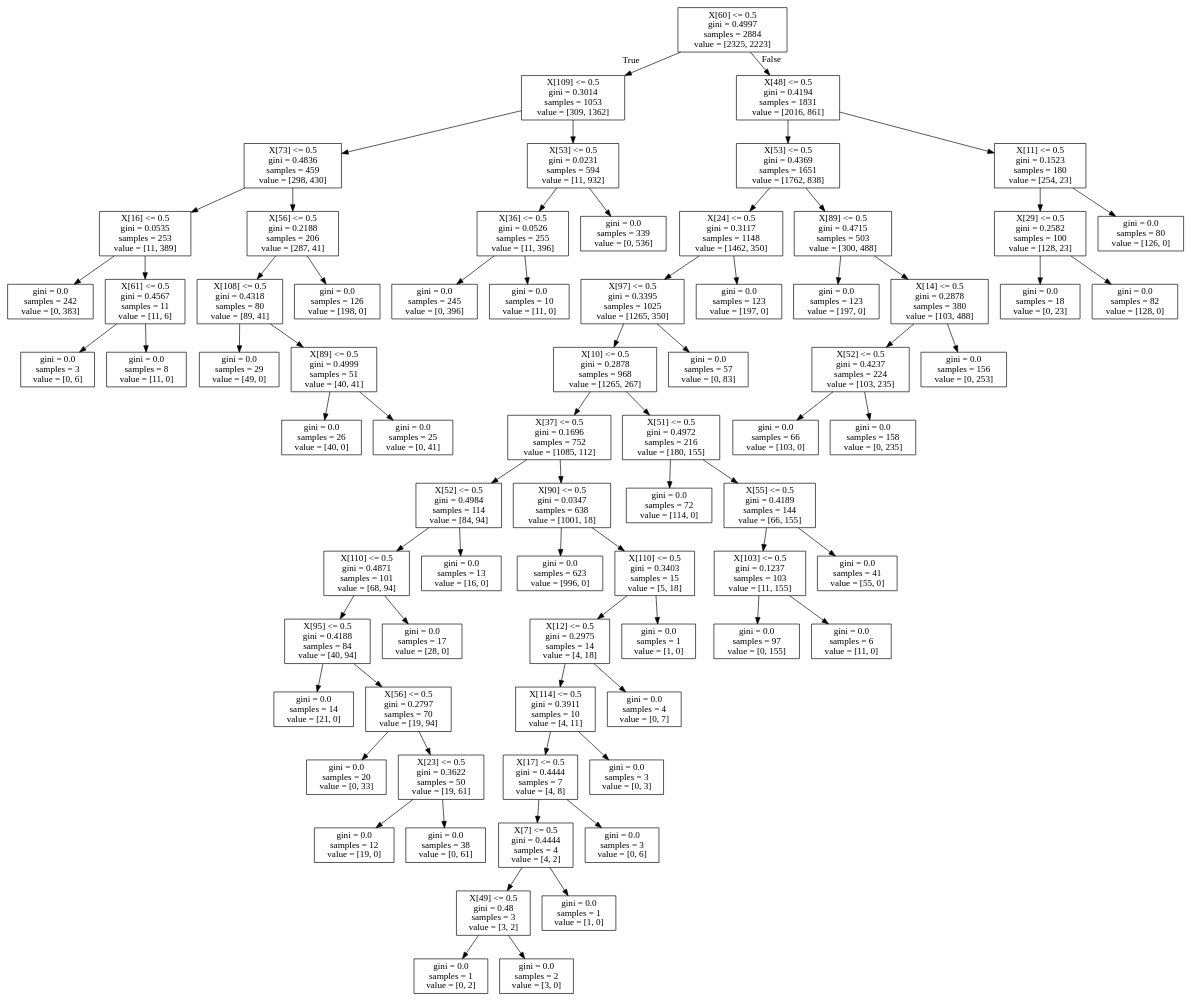
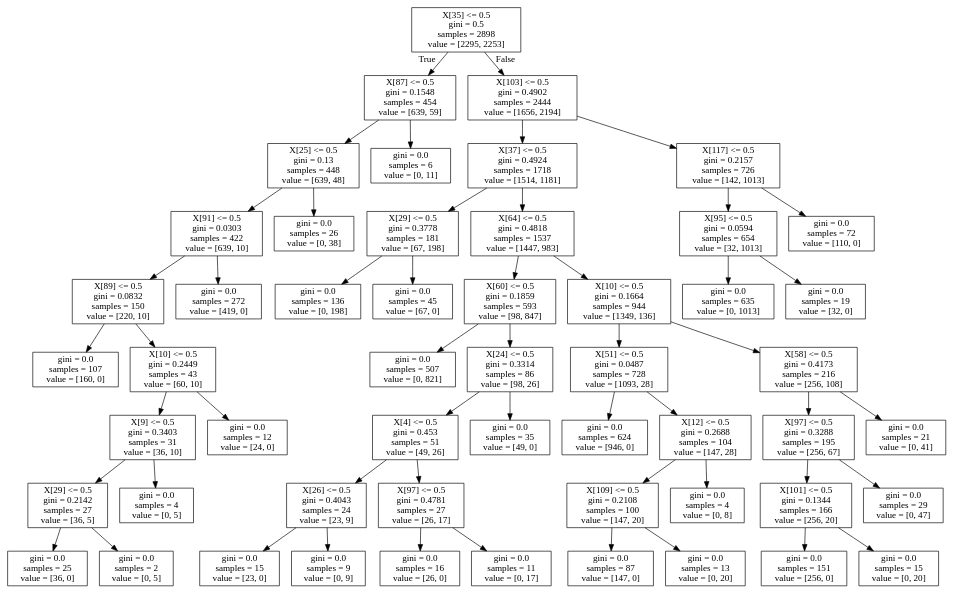
One commit to CaptainDredge/DSG-Entry-Data-Science-Competition changed the diagram in tree_8.dot. Above: the diagram before and after it, drawn with Graphviz. The commit also changed 18 other files, not shown here.

```diff
--- a/tree_8.dot
+++ b/tree_8.dot
@@ -1,148 +1,108 @@
 digraph Tree {
 node [shape=box] ;
-0 [label="X[60] <= 0.5\ngini = 0.4997\nsamples = 2884\nvalue = [2325, 2223]"] ;
-1 [label="X[109] <= 0.5\ngini = 0.3014\nsamples = 1053\nvalue = [309, 1362]"] ;
+0 [label="X[35] <= 0.5\ngini = 0.5\nsamples = 2898\nvalue = [2295, 2253]"] ;
+1 [label="X[87] <= 0.5\ngini = 0.1548\nsamples = 454\nvalue = [639, 59]"] ;
 0 -> 1 [labeldistance=2.5, labelangle=45, headlabel="True"] ;
-2 [label="X[73] <= 0.5\ngini = 0.4836\nsamples = 459\nvalue = [298, 430]"] ;
+2 [label="X[25] <= 0.5\ngini = 0.13\nsamples = 448\nvalue = [639, 48]"] ;
 1 -> 2 ;
-3 [label="X[16] <= 0.5\ngini = 0.0535\nsamples = 253\nvalue = [11, 389]"] ;
+3 [label="X[91] <= 0.5\ngini = 0.0303\nsamples = 422\nvalue = [639, 10]"] ;
 2 -> 3 ;
-4 [label="gini = 0.0\nsamples = 242\nvalue = [0, 383]"] ;
+4 [label="X[89] <= 0.5\ngini = 0.0832\nsamples = 150\nvalue = [220, 10]"] ;
 3 -> 4 ;
-5 [label="X[61] <= 0.5\ngini = 0.4567\nsamples = 11\nvalue = [11, 6]"] ;
-3 -> 5 ;
-6 [label="gini = 0.0\nsamples = 3\nvalue = [0, 6]"] ;
-5 -> 6 ;
-7 [label="gini = 0.0\nsamples = 8\nvalue = [11, 0]"] ;
-5 -> 7 ;
-8 [label="X[56] <= 0.5\ngini = 0.2188\nsamples = 206\nvalue = [287, 41]"] ;
-2 -> 8 ;
-9 [label="X[108] <= 0.5\ngini = 0.4318\nsamples = 80\nvalue = [89, 41]"] ;
+5 [label="gini = 0.0\nsamples = 107\nvalue = [160, 0]"] ;
+4 -> 5 ;
+6 [label="X[10] <= 0.5\ngini = 0.2449\nsamples = 43\nvalue = [60, 10]"] ;
+4 -> 6 ;
+7 [label="X[9] <= 0.5\ngini = 0.3403\nsamples = 31\nvalue = [36, 10]"] ;
+6 -> 7 ;
+8 [label="X[29] <= 0.5\ngini = 0.2142\nsamples = 27\nvalue = [36, 5]"] ;
+7 -> 8 ;
+9 [label="gini = 0.0\nsamples = 25\nvalue = [36, 0]"] ;
 8 -> 9 ;
-10 [label="gini = 0.0\nsamples = 29\nvalue = [49, 0]"] ;
-9 -> 10 ;
-11 [label="X[89] <= 0.5\ngini = 0.4999\nsamples = 51\nvalue = [40, 41]"] ;
-9 -> 11 ;
-12 [label="gini = 0.0\nsamples = 26\nvalue = [40, 0]"] ;
-11 -> 12 ;
-13 [label="gini = 0.0\nsamples = 25\nvalue = [0, 41]"] ;
-11 -> 13 ;
-14 [label="gini = 0.0\nsamples = 126\nvalue = [198, 0]"] ;
-8 -> 14 ;
-15 [label="X[53] <= 0.5\ngini = 0.0231\nsamples = 594\nvalue = [11, 932]"] ;
+10 [label="gini = 0.0\nsamples = 2\nvalue = [0, 5]"] ;
+8 -> 10 ;
+11 [label="gini = 0.0\nsamples = 4\nvalue = [0, 5]"] ;
+7 -> 11 ;
+12 [label="gini = 0.0\nsamples = 12\nvalue = [24, 0]"] ;
+6 -> 12 ;
+13 [label="gini = 0.0\nsamples = 272\nvalue = [419, 0]"] ;
+3 -> 13 ;
+14 [label="gini = 0.0\nsamples = 26\nvalue = [0, 38]"] ;
+2 -> 14 ;
+15 [label="gini = 0.0\nsamples = 6\nvalue = [0, 11]"] ;
 1 -> 15 ;
-16 [label="X[36] <= 0.5\ngini = 0.0526\nsamples = 255\nvalue = [11, 396]"] ;
-15 -> 16 ;
-17 [label="gini = 0.0\nsamples = 245\nvalue = [0, 396]"] ;
+16 [label="X[103] <= 0.5\ngini = 0.4902\nsamples = 2444\nvalue = [1656, 2194]"] ;
+0 -> 16 [labeldistance=2.5, labelangle=-45, headlabel="False"] ;
+17 [label="X[37] <= 0.5\ngini = 0.4924\nsamples = 1718\nvalue = [1514, 1181]"] ;
 16 -> 17 ;
-18 [label="gini = 0.0\nsamples = 10\nvalue = [11, 0]"] ;
-16 -> 18 ;
-19 [label="gini = 0.0\nsamples = 339\nvalue = [0, 536]"] ;
-15 -> 19 ;
-20 [label="X[48] <= 0.5\ngini = 0.4194\nsamples = 1831\nvalue = [2016, 861]"] ;
-0 -> 20 [labeldistance=2.5, labelangle=-45, headlabel="False"] ;
-21 [label="X[53] <= 0.5\ngini = 0.4369\nsamples = 1651\nvalue = [1762, 838]"] ;
-20 -> 21 ;
-22 [label="X[24] <= 0.5\ngini = 0.3117\nsamples = 1148\nvalue = [1462, 350]"] ;
+18 [label="X[29] <= 0.5\ngini = 0.3778\nsamples = 181\nvalue = [67, 198]"] ;
+17 -> 18 ;
+19 [label="gini = 0.0\nsamples = 136\nvalue = [0, 198]"] ;
+18 -> 19 ;
+20 [label="gini = 0.0\nsamples = 45\nvalue = [67, 0]"] ;
+18 -> 20 ;
+21 [label="X[64] <= 0.5\ngini = 0.4818\nsamples = 1537\nvalue = [1447, 983]"] ;
+17 -> 21 ;
+22 [label="X[60] <= 0.5\ngini = 0.1859\nsamples = 593\nvalue = [98, 847]"] ;
 21 -> 22 ;
-23 [label="X[97] <= 0.5\ngini = 0.3395\nsamples = 1025\nvalue = [1265, 350]"] ;
+23 [label="gini = 0.0\nsamples = 507\nvalue = [0, 821]"] ;
 22 -> 23 ;
-24 [label="X[10] <= 0.5\ngini = 0.2878\nsamples = 968\nvalue = [1265, 267]"] ;
-23 -> 24 ;
-25 [label="X[37] <= 0.5\ngini = 0.1696\nsamples = 752\nvalue = [1085, 112]"] ;
+24 [label="X[24] <= 0.5\ngini = 0.3314\nsamples = 86\nvalue = [98, 26]"] ;
+22 -> 24 ;
+25 [label="X[4] <= 0.5\ngini = 0.453\nsamples = 51\nvalue = [49, 26]"] ;
 24 -> 25 ;
-26 [label="X[52] <= 0.5\ngini = 0.4984\nsamples = 114\nvalue = [84, 94]"] ;
+26 [label="X[26] <= 0.5\ngini = 0.4043\nsamples = 24\nvalue = [23, 9]"] ;
 25 -> 26 ;
-27 [label="X[110] <= 0.5\ngini = 0.4871\nsamples = 101\nvalue = [68, 94]"] ;
+27 [label="gini = 0.0\nsamples = 15\nvalue = [23, 0]"] ;
 26 -> 27 ;
-28 [label="X[95] <= 0.5\ngini = 0.4188\nsamples = 84\nvalue = [40, 94]"] ;
-27 -> 28 ;
-29 [label="gini = 0.0\nsamples = 14\nvalue = [21, 0]"] ;
-28 -> 29 ;
-30 [label="X[56] <= 0.5\ngini = 0.2797\nsamples = 70\nvalue = [19, 94]"] ;
-28 -> 30 ;
-31 [label="gini = 0.0\nsamples = 20\nvalue = [0, 33]"] ;
-30 -> 31 ;
-32 [label="X[23] <= 0.5\ngini = 0.3622\nsamples = 50\nvalue = [19, 61]"] ;
-30 -> 32 ;
-33 [label="gini = 0.0\nsamples = 12\nvalue = [19, 0]"] ;
-32 -> 33 ;
-34 [label="gini = 0.0\nsamples = 38\nvalue = [0, 61]"] ;
-32 -> 34 ;
-35 [label="gini = 0.0\nsamples = 17\nvalue = [28, 0]"] ;
-27 -> 35 ;
-36 [label="gini = 0.0\nsamples = 13\nvalue = [16, 0]"] ;
-26 -> 36 ;
-37 [label="X[90] <= 0.5\ngini = 0.0347\nsamples = 638\nvalue = [1001, 18]"] ;
-25 -> 37 ;
-38 [label="gini = 0.0\nsamples = 623\nvalue = [996, 0]"] ;
+28 [label="gini = 0.0\nsamples = 9\nvalue = [0, 9]"] ;
+26 -> 28 ;
+29 [label="X[97] <= 0.5\ngini = 0.4781\nsamples = 27\nvalue = [26, 17]"] ;
+25 -> 29 ;
+30 [label="gini = 0.0\nsamples = 16\nvalue = [26, 0]"] ;
+29 -> 30 ;
+31 [label="gini = 0.0\nsamples = 11\nvalue = [0, 17]"] ;
+29 -> 31 ;
+32 [label="gini = 0.0\nsamples = 35\nvalue = [49, 0]"] ;
+24 -> 32 ;
+33 [label="X[10] <= 0.5\ngini = 0.1664\nsamples = 944\nvalue = [1349, 136]"] ;
+21 -> 33 ;
+34 [label="X[51] <= 0.5\ngini = 0.0487\nsamples = 728\nvalue = [1093, 28]"] ;
+33 -> 34 ;
+35 [label="gini = 0.0\nsamples = 624\nvalue = [946, 0]"] ;
+34 -> 35 ;
+36 [label="X[12] <= 0.5\ngini = 0.2688\nsamples = 104\nvalue = [147, 28]"] ;
+34 -> 36 ;
+37 [label="X[109] <= 0.5\ngini = 0.2108\nsamples = 100\nvalue = [147, 20]"] ;
+36 -> 37 ;
+38 [label="gini = 0.0\nsamples = 87\nvalue = [147, 0]"] ;
 37 -> 38 ;
-39 [label="X[110] <= 0.5\ngini = 0.3403\nsamples = 15\nvalue = [5, 18]"] ;
+39 [label="gini = 0.0\nsamples = 13\nvalue = [0, 20]"] ;
 37 -> 39 ;
-40 [label="X[12] <= 0.5\ngini = 0.2975\nsamples = 14\nvalue = [4, 18]"] ;
-39 -> 40 ;
-41 [label="X[114] <= 0.5\ngini = 0.3911\nsamples = 10\nvalue = [4, 11]"] ;
-40 -> 41 ;
-42 [label="X[17] <= 0.5\ngini = 0.4444\nsamples = 7\nvalue = [4, 8]"] ;
+40 [label="gini = 0.0\nsamples = 4\nvalue = [0, 8]"] ;
+36 -> 40 ;
+41 [label="X[58] <= 0.5\ngini = 0.4173\nsamples = 216\nvalue = [256, 108]"] ;
+33 -> 41 ;
+42 [label="X[97] <= 0.5\ngini = 0.3288\nsamples = 195\nvalue = [256, 67]"] ;
 41 -> 42 ;
-43 [label="X[7] <= 0.5\ngini = 0.4444\nsamples = 4\nvalue = [4, 2]"] ;
+43 [label="X[101] <= 0.5\ngini = 0.1344\nsamples = 166\nvalue = [256, 20]"] ;
 42 -> 43 ;
-44 [label="X[49] <= 0.5\ngini = 0.48\nsamples = 3\nvalue = [3, 2]"] ;
+44 [label="gini = 0.0\nsamples = 151\nvalue = [256, 0]"] ;
 43 -> 44 ;
-45 [label="gini = 0.0\nsamples = 1\nvalue = [0, 2]"] ;
-44 -> 45 ;
-46 [label="gini = 0.0\nsamples = 2\nvalue = [3, 0]"] ;
-44 -> 46 ;
-47 [label="gini = 0.0\nsamples = 1\nvalue = [1, 0]"] ;
-43 -> 47 ;
-48 [label="gini = 0.0\nsamples = 3\nvalue = [0, 6]"] ;
-42 -> 48 ;
-49 [label="gini = 0.0\nsamples = 3\nvalue = [0, 3]"] ;
-41 -> 49 ;
-50 [label="gini = 0.0\nsamples = 4\nvalue = [0, 7]"] ;
-40 -> 50 ;
-51 [label="gini = 0.0\nsamples = 1\nvalue = [1, 0]"] ;
-39 -> 51 ;
-52 [label="X[51] <= 0.5\ngini = 0.4972\nsamples = 216\nvalue = [180, 155]"] ;
-24 -> 52 ;
-53 [label="gini = 0.0\nsamples = 72\nvalue = [114, 0]"] ;
-52 -> 53 ;
-54 [label="X[55] <= 0.5\ngini = 0.4189\nsamples = 144\nvalue = [66, 155]"] ;
-52 -> 54 ;
-55 [label="X[103] <= 0.5\ngini = 0.1237\nsamples = 103\nvalue = [11, 155]"] ;
-54 -> 55 ;
-56 [label="gini = 0.0\nsamples = 97\nvalue = [0, 155]"] ;
-55 -> 56 ;
-57 [label="gini = 0.0\nsamples = 6\nvalue = [11, 0]"] ;
-55 -> 57 ;
-58 [label="gini = 0.0\nsamples = 41\nvalue = [55, 0]"] ;
-54 -> 58 ;
-59 [label="gini = 0.0\nsamples = 57\nvalue = [0, 83]"] ;
-23 -> 59 ;
-60 [label="gini = 0.0\nsamples = 123\nvalue = [197, 0]"] ;
-22 -> 60 ;
-61 [label="X[89] <= 0.5\ngini = 0.4715\nsamples = 503\nvalue = [300, 488]"] ;
-21 -> 61 ;
-62 [label="gini = 0.0\nsamples = 123\nvalue = [197, 0]"] ;
-61 -> 62 ;
-63 [label="X[14] <= 0.5\ngini = 0.2878\nsamples = 380\nvalue = [103, 488]"] ;
-61 -> 63 ;
-64 [label="X[52] <= 0.5\ngini = 0.4237\nsamples = 224\nvalue = [103, 235]"] ;
-63 -> 64 ;
-65 [label="gini = 0.0\nsamples = 66\nvalue = [103, 0]"] ;
-64 -> 65 ;
-66 [label="gini = 0.0\nsamples = 158\nvalue = [0, 235]"] ;
-64 -> 66 ;
-67 [label="gini = 0.0\nsamples = 156\nvalue = [0, 253]"] ;
-63 -> 67 ;
-68 [label="X[11] <= 0.5\ngini = 0.1523\nsamples = 180\nvalue = [254, 23]"] ;
-20 -> 68 ;
-69 [label="X[29] <= 0.5\ngini = 0.2582\nsamples = 100\nvalue = [128, 23]"] ;
-68 -> 69 ;
-70 [label="gini = 0.0\nsamples = 18\nvalue = [0, 23]"] ;
-69 -> 70 ;
-71 [label="gini = 0.0\nsamples = 82\nvalue = [128, 0]"] ;
-69 -> 71 ;
-72 [label="gini = 0.0\nsamples = 80\nvalue = [126, 0]"] ;
-68 -> 72 ;
+45 [label="gini = 0.0\nsamples = 15\nvalue = [0, 20]"] ;
+43 -> 45 ;
+46 [label="gini = 0.0\nsamples = 29\nvalue = [0, 47]"] ;
+42 -> 46 ;
+47 [label="gini = 0.0\nsamples = 21\nvalue = [0, 41]"] ;
+41 -> 47 ;
+48 [label="X[117] <= 0.5\ngini = 0.2157\nsamples = 726\nvalue = [142, 1013]"] ;
+16 -> 48 ;
+49 [label="X[95] <= 0.5\ngini = 0.0594\nsamples = 654\nvalue = [32, 1013]"] ;
+48 -> 49 ;
+50 [label="gini = 0.0\nsamples = 635\nvalue = [0, 1013]"] ;
+49 -> 50 ;
+51 [label="gini = 0.0\nsamples = 19\nvalue = [32, 0]"] ;
+49 -> 51 ;
+52 [label="gini = 0.0\nsamples = 72\nvalue = [110, 0]"] ;
+48 -> 52 ;
 }
```
